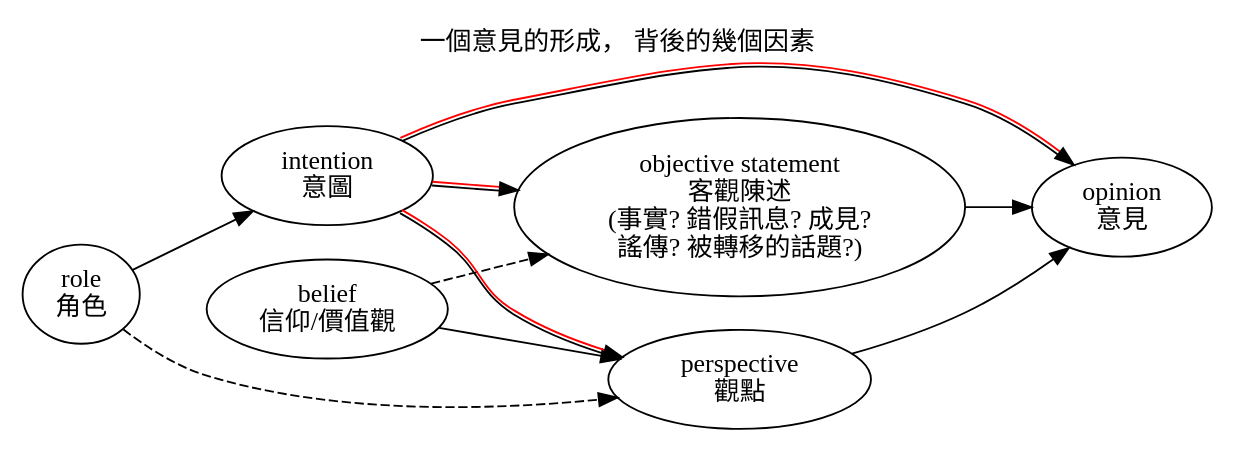
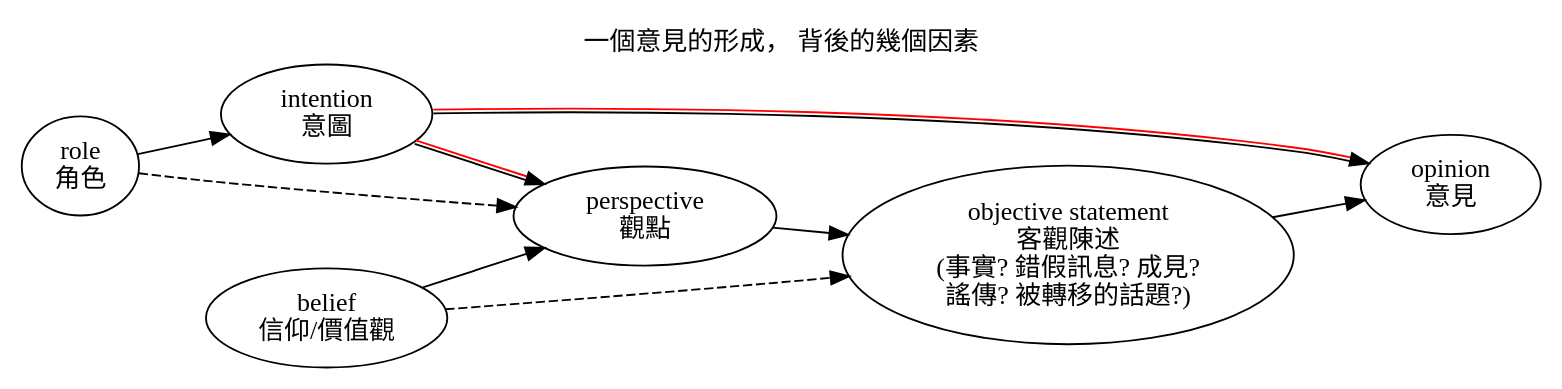
One commit to ckhung/ckhung.github.io changed the diagram in a/m/24/opinion.dot. Above: the diagram before and after it, drawn with Graphviz. The commit also changed 1 other file, not shown here.

```diff
--- a/a/m/24/opinion.dot
+++ b/a/m/24/opinion.dot
@@ -1,25 +1,24 @@
 // dot -Tsvg graphic-workflow.dot -o graphic-workflow.svg
 digraph "一個意見的形成， 背後的幾個因素" {
 
     label = "一個意見的形成， 背後的幾個因素";
     labelloc = "t";
     rankdir = "LR";
     overlap = scale;
     compound = true;
 
     belief [ label="belief\n信仰/價值觀" ];
     role [ label="role\n角色" ];
     perspective [ label="perspective\n觀點" ];
     opinion [ label="opinion\n意見" ];
     intention [ label="intention\n意圖" ];
     obj_statement [ label="objective statement\n客觀陳述\n(事實? 錯假訊息? 成見? \n謠傳? 被轉移的話題?)" ];
 
     belief -> perspective;
     belief -> obj_statement [ style="dashed" ];
     intention -> perspective [ color="black:red" ];
     role -> intention;
-    { perspective obj_statement } -> opinion;
+    perspective -> obj_statement -> opinion;
     role -> perspective [ style="dashed" ];
     intention -> opinion [ color="black:red" ];
-    intention -> obj_statement [ color="black:red" ];
 }
```
